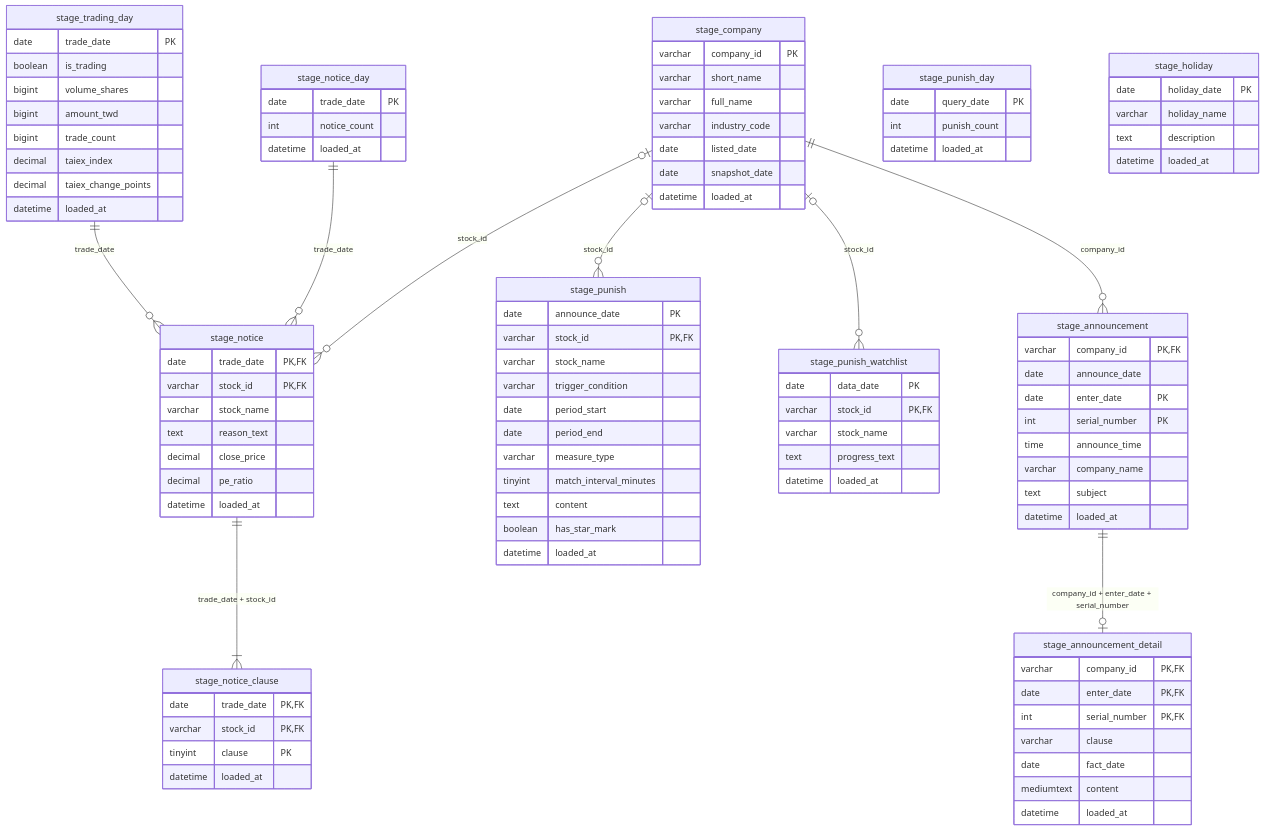
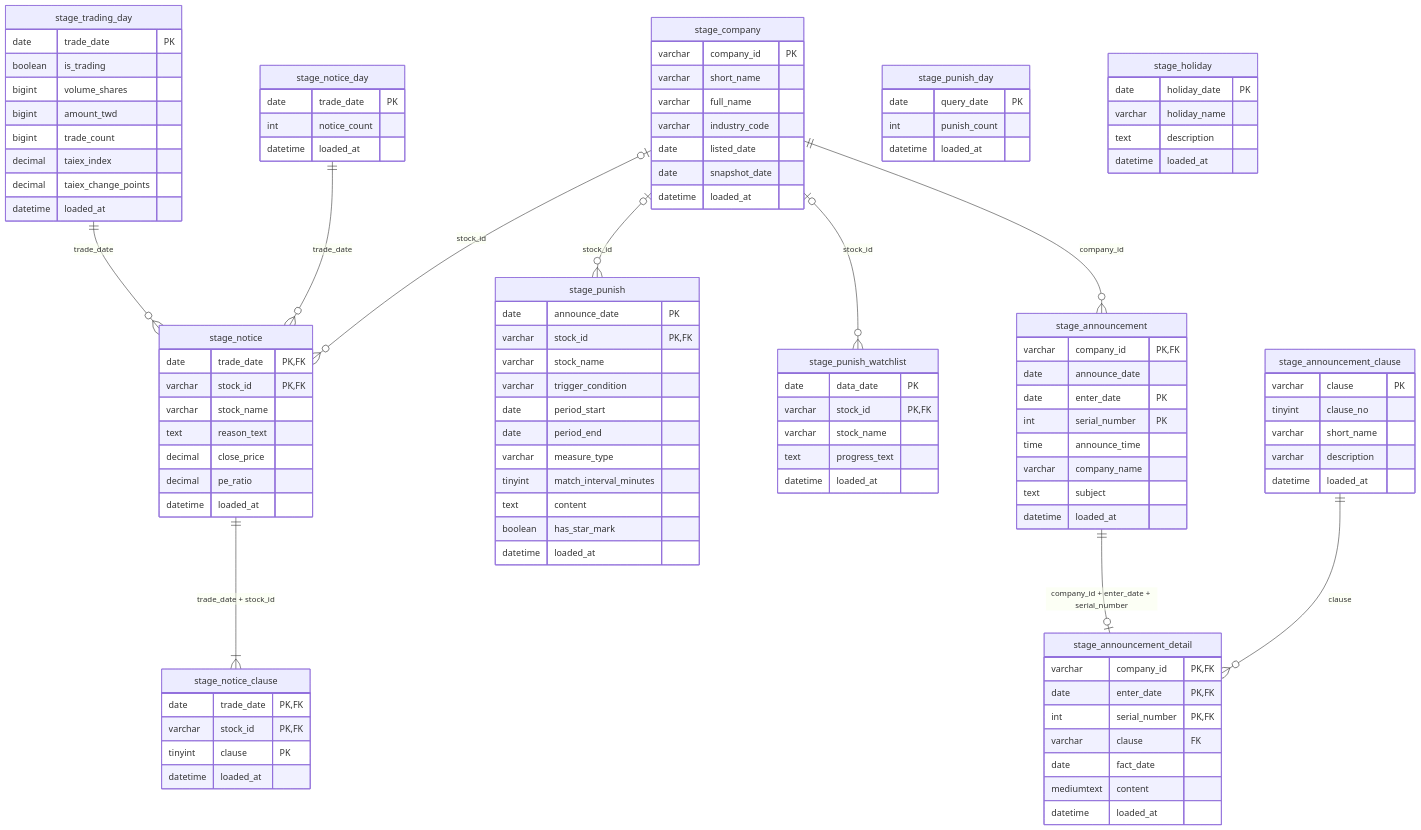
One commit to hannahTai/G2-attention_stock_tracker-tw_stock changed the diagram in docs/tables.md. Above: the diagram before and after it, drawn with Mermaid. The commit also changed other lines of this file and 4 other files, not shown here.

Commit message:
feat: 重大訊息條款對照表 stage_announcement_clause（固定資料），app_announcement 加 clause_name

```diff
--- a/docs/tables.md
+++ b/docs/tables.md
@@ -64,6 +65,7 @@
     stage_company |o--o{ stage_punish_watchlist : "stock_id"
     stage_company ||--o{ stage_announcement : "company_id"
     stage_announcement ||--o| stage_announcement_detail : "company_id + enter_date + serial_number"
+    stage_announcement_clause ||--o{ stage_announcement_detail : "clause"
     stage_notice ||--|{ stage_notice_clause : "trade_date + stock_id"
     stage_trading_day ||--o{ stage_notice : "trade_date"
     stage_notice_day ||--o{ stage_notice : "trade_date"
@@ -136,9 +138,16 @@
         varchar company_id PK, FK
         date enter_date PK, FK
         int serial_number PK, FK
-        varchar clause
+        varchar clause FK
         date fact_date
         mediumtext content
+        datetime loaded_at
+    }
+    stage_announcement_clause {
+        varchar clause PK
+        tinyint clause_no
+        varchar short_name
+        varchar description
         datetime loaded_at
     }
     stage_trading_day {
```
